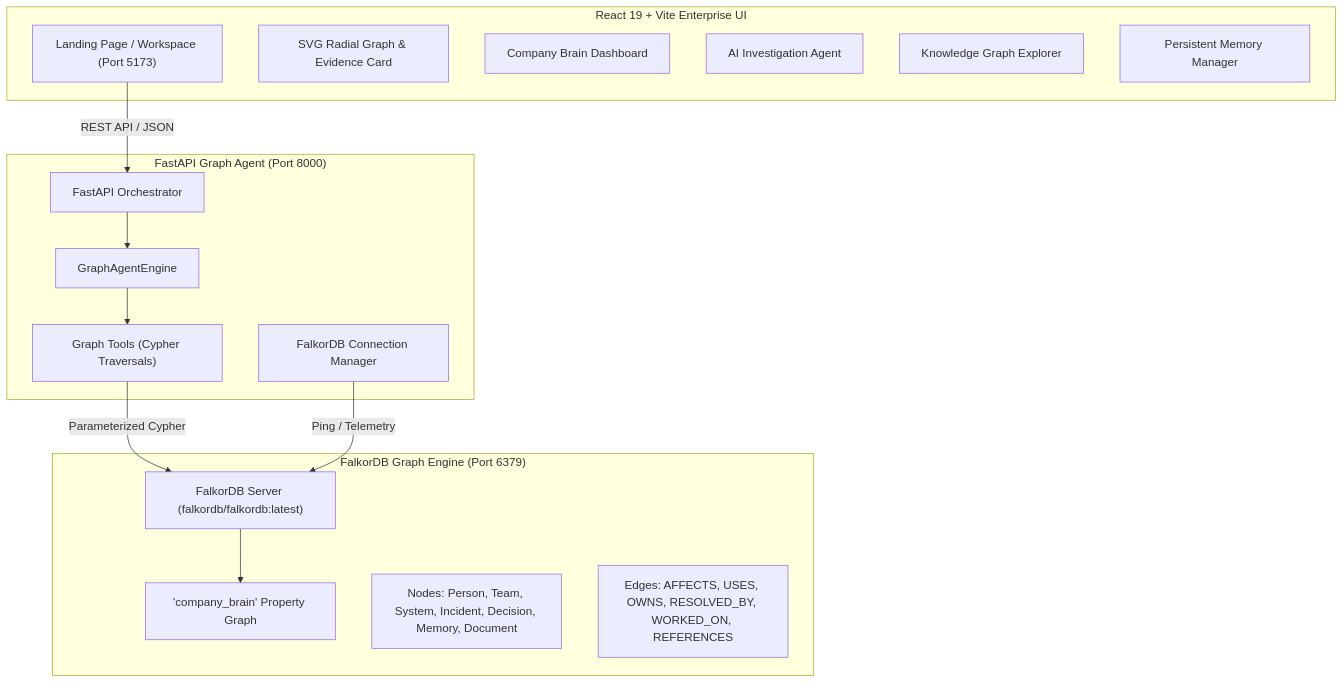
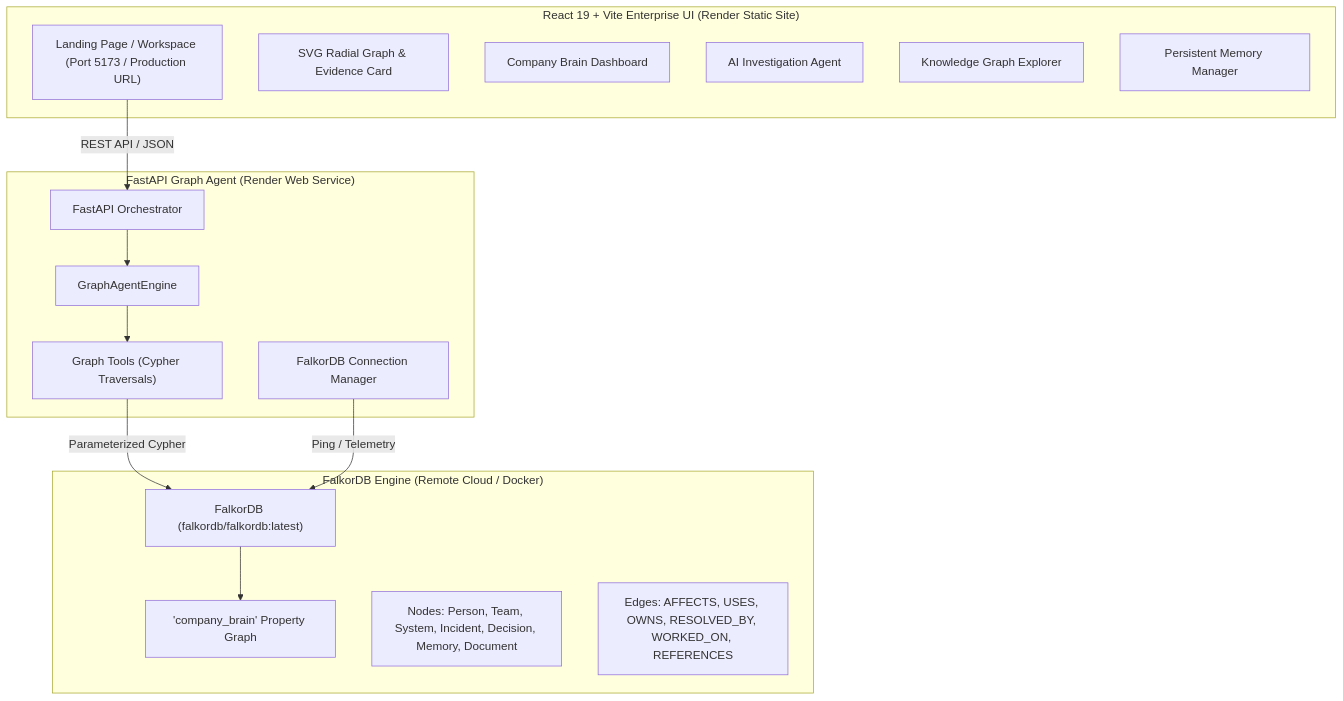
The diagram in README.md (akashgtub/Connected_Intelligence), drawn with Mermaid before and after one commit. The commit also changed other lines of this file and 41 other files, not shown here.

````diff
--- a/README.md
+++ b/README.md
@@ -29,32 +29,32 @@
 ```mermaid
 graph TD
-    subgraph Frontend ["React 19 + Vite Enterprise UI"]
-        UI["Landing Page / Workspace (Port 5173)"]
+    subgraph Frontend ["React 19 + Vite Enterprise UI (Render Static Site)"]
+        UI["Landing Page / Workspace (Port 5173 / Production URL)"]
         Hero["SVG Radial Graph & Evidence Card"]
         Dash["Company Brain Dashboard"]
         Chat["AI Investigation Agent"]
         GraphExplorer["Knowledge Graph Explorer"]
         MemoryView["Persistent Memory Manager"]
     end
 
-    subgraph Backend ["FastAPI Graph Agent (Port 8000)"]
+    subgraph Backend ["FastAPI Graph Agent (Render Web Service)"]
         API["FastAPI Orchestrator"]
         Agent["GraphAgentEngine"]
         Tools["Graph Tools (Cypher Traversals)"]
         HealthMgr["FalkorDB Connection Manager"]
     end
 
-    subgraph GraphDB ["FalkorDB Graph Engine (Port 6379)"]
-        Falkor["FalkorDB Server (falkordb/falkordb:latest)"]
+    subgraph GraphDB ["FalkorDB Engine (Remote Cloud / Docker)"]
+        Falkor["FalkorDB (falkordb/falkordb:latest)"]
         Graph["'company_brain' Property Graph"]
         Nodes["Nodes: Person, Team, System, Incident, Decision, Memory, Document"]
         Rels["Edges: AFFECTS, USES, OWNS, RESOLVED_BY, WORKED_ON, REFERENCES"]
     end
 
     UI -->|REST API / JSON| API
     API --> Agent
     Agent --> Tools
     Tools -->|Parameterized Cypher| Falkor
     HealthMgr -->|Ping / Telemetry| Falkor
     Falkor --> Graph
 ```
````
